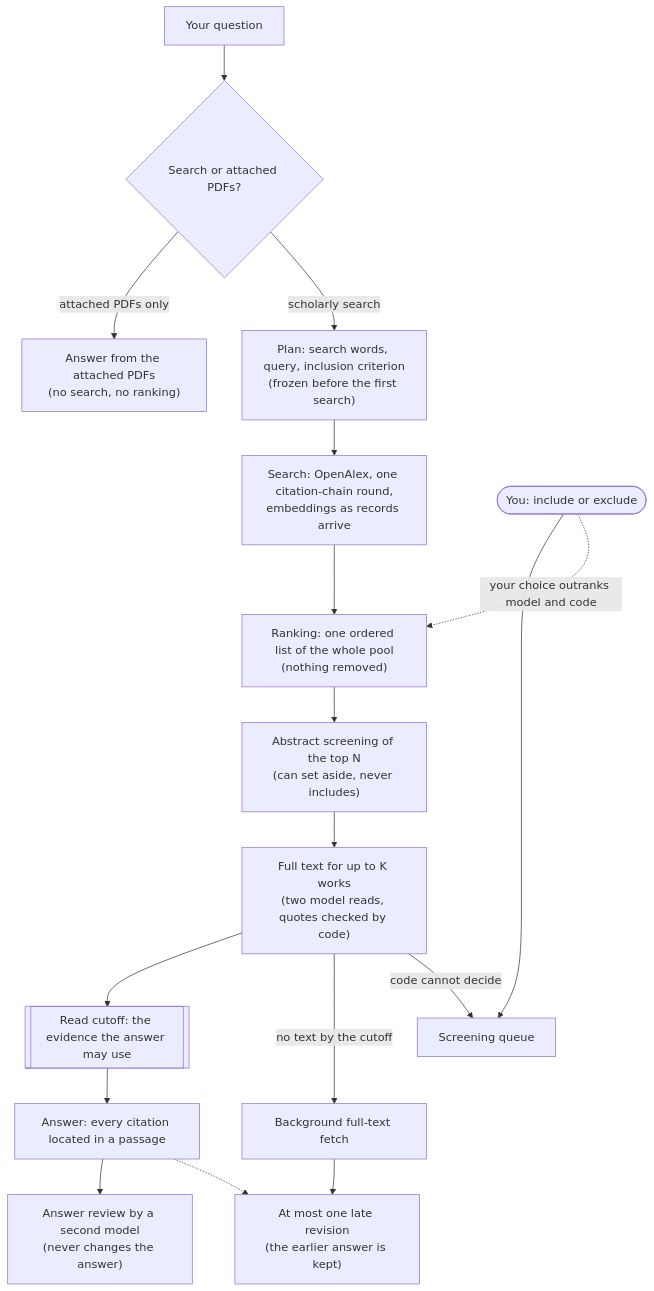
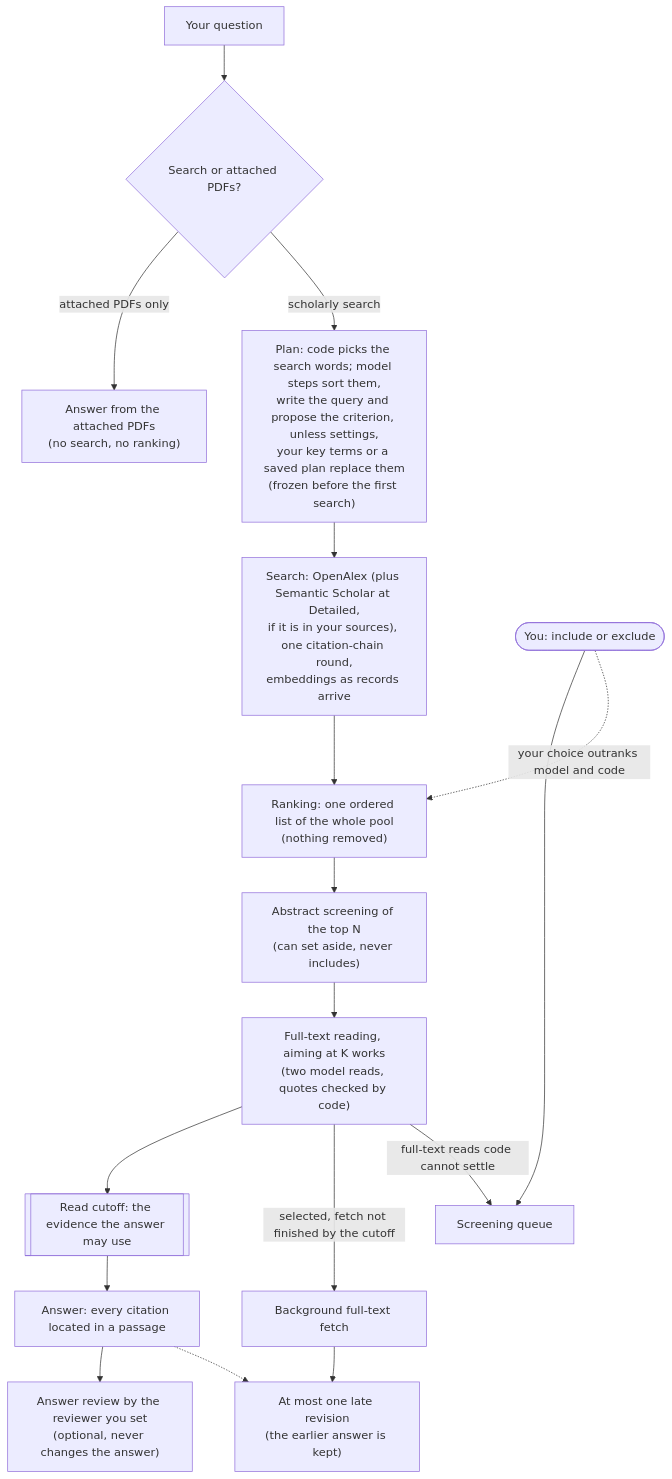
The first of 2 diagrams in docs/search.md (huguryildiz/DEIXIS), drawn with Mermaid before and after one commit. The commit also changed other lines of this file, not shown here.

First line of the commit message:
Docs: docs/search.md corrected against the code (Sol round 1, 17 items)

````diff
--- a/docs/search.md
+++ b/docs/search.md
@@ -7,19 +7,19 @@
 ```mermaid
 flowchart TD
     Q["Your question"] --> SCOPE{"Search or attached PDFs?"}
     SCOPE -->|"attached PDFs only"| ATT["Answer from the attached PDFs<br/>(no search, no ranking)"]
-    SCOPE -->|"scholarly search"| PLAN["Plan: search words, query, inclusion criterion<br/>(frozen before the first search)"]
-    PLAN --> SEARCH["Search: OpenAlex, one citation-chain round,<br/>embeddings as records arrive"]
+    SCOPE -->|"scholarly search"| PLAN["Plan: code picks the search words; model steps sort them,<br/>write the query and propose the criterion, unless settings,<br/>your key terms or a saved plan replace them<br/>(frozen before the first search)"]
+    PLAN --> SEARCH["Search: OpenAlex (plus Semantic Scholar at Detailed,<br/>if it is in your sources), one citation-chain round,<br/>embeddings as records arrive"]
     SEARCH --> RANK["Ranking: one ordered list of the whole pool<br/>(nothing removed)"]
     RANK --> SCREEN["Abstract screening of the top N<br/>(can set aside, never includes)"]
-    SCREEN --> FT["Full text for up to K works<br/>(two model reads, quotes checked by code)"]
+    SCREEN --> FT["Full-text reading, aiming at K works<br/>(two model reads, quotes checked by code)"]
     FT --> CUT[["Read cutoff: the evidence the answer may use"]]
     CUT --> ANS["Answer: every citation located in a passage"]
-    ANS --> REV["Answer review by a second model<br/>(never changes the answer)"]
-    FT -->|"no text by the cutoff"| BG["Background full-text fetch"]
+    ANS --> REV["Answer review by the reviewer you set<br/>(optional, never changes the answer)"]
+    FT -->|"selected, fetch not finished by the cutoff"| BG["Background full-text fetch"]
     BG --> LATE["At most one late revision<br/>(the earlier answer is kept)"]
     ANS -.-> LATE
-    FT -->|"code cannot decide"| QUEUE["Screening queue"]
+    FT -->|"full-text reads code cannot settle"| QUEUE["Screening queue"]
     YOU(["You: include or exclude"]) --> QUEUE
     YOU -.->|"your choice outranks model and code"| RANK
 ```
````
